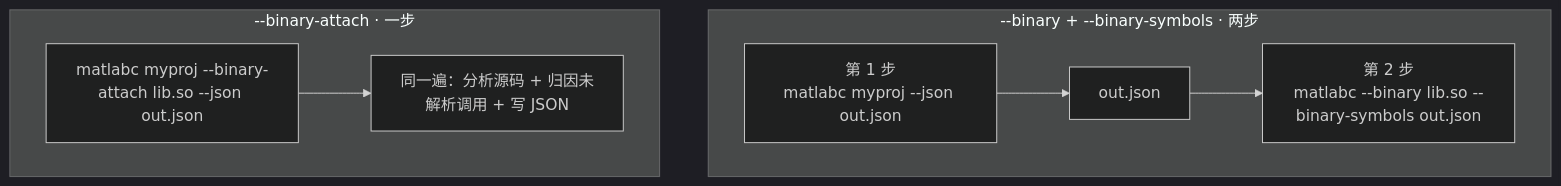
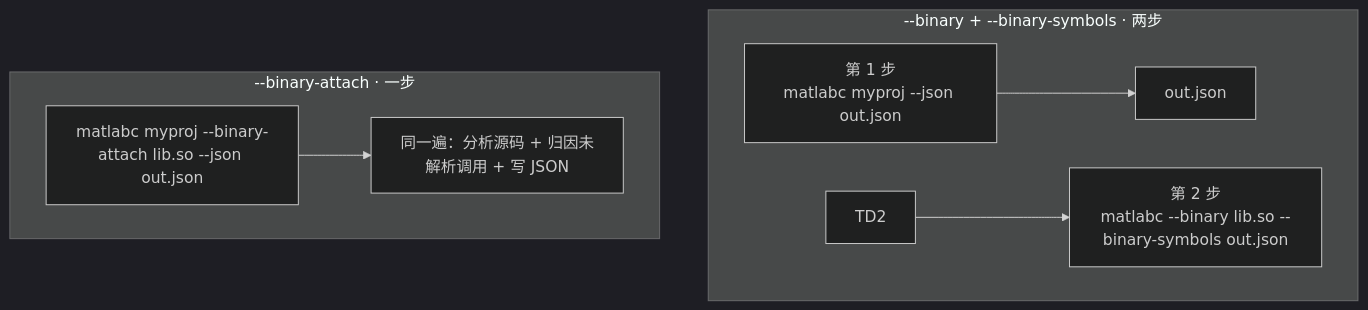
Before and after one commit to pony-029/malabc: the third of 8 diagrams in README_CN.md, drawn with Mermaid (dark theme). The commit also changed other lines of this file and 6 other files, not shown here.

````diff
--- a/README_CN.md
+++ b/README_CN.md
@@ -194,12 +194,12 @@
 ```mermaid
 flowchart TB
     subgraph TWO["--binary + --binary-symbols · 两步"]
         T1["第 1 步<br/>matlabc myproj --json out.json"] --> T2["out.json"]
-        T2 --> T3["第 2 步<br/>matlabc --binary lib.so --binary-symbols out.json"]
+        TD2 --> T3["第 2 步<br/>matlabc --binary lib.so --binary-symbols out.json"]
     end
     subgraph ONE["--binary-attach · 一步"]
         O1["matlabc myproj --binary-attach lib.so --json out.json"]
         O2["同一遍：分析源码 + 归因未解析调用 + 写 JSON"]
         O1 --> O2
     end
 ```
````
